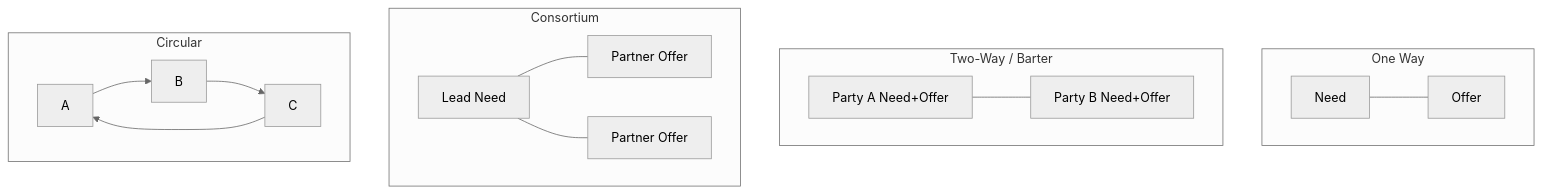
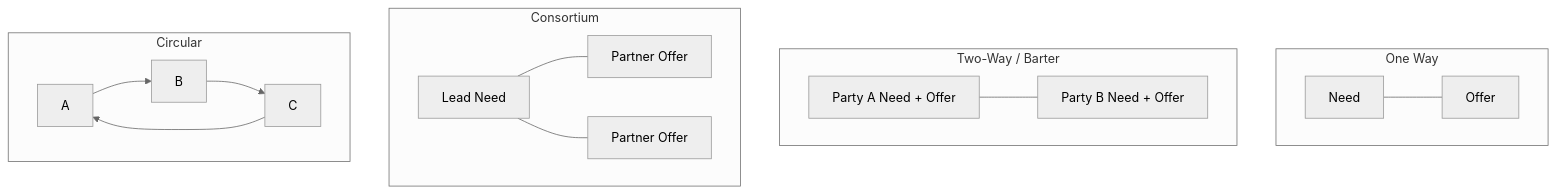
One commit to Mabdelmofdy/PMtwin1 changed the third of 6 diagrams in docs/PM-Twin-Complete-User-Guide.md. Above: the diagram before and after it, drawn with Mermaid (neutral theme). The commit also changed other lines of this file and 1 other file, not shown here.

````diff
--- a/docs/PM-Twin-Complete-User-Guide.md
+++ b/docs/PM-Twin-Complete-User-Guide.md
@@ -763,16 +761,16 @@
 ```mermaid
 flowchart TB
   subgraph one["One Way"]
     N1[Need] --- O1[Offer]
   end
   subgraph two["Two-Way / Barter"]
-    A[Party A Need+Offer] --- B[Party B Need+Offer]
+    A[Party A Need + Offer] --- B[Party B Need + Offer]
   end
   subgraph cons["Consortium"]
     Lead[Lead Need] --- P1[Partner Offer]
     Lead --- P2[Partner Offer]
   end
   subgraph circ["Circular"]
     X[A] --> Y[B] --> Z[C] --> X
   end
 ```
````
